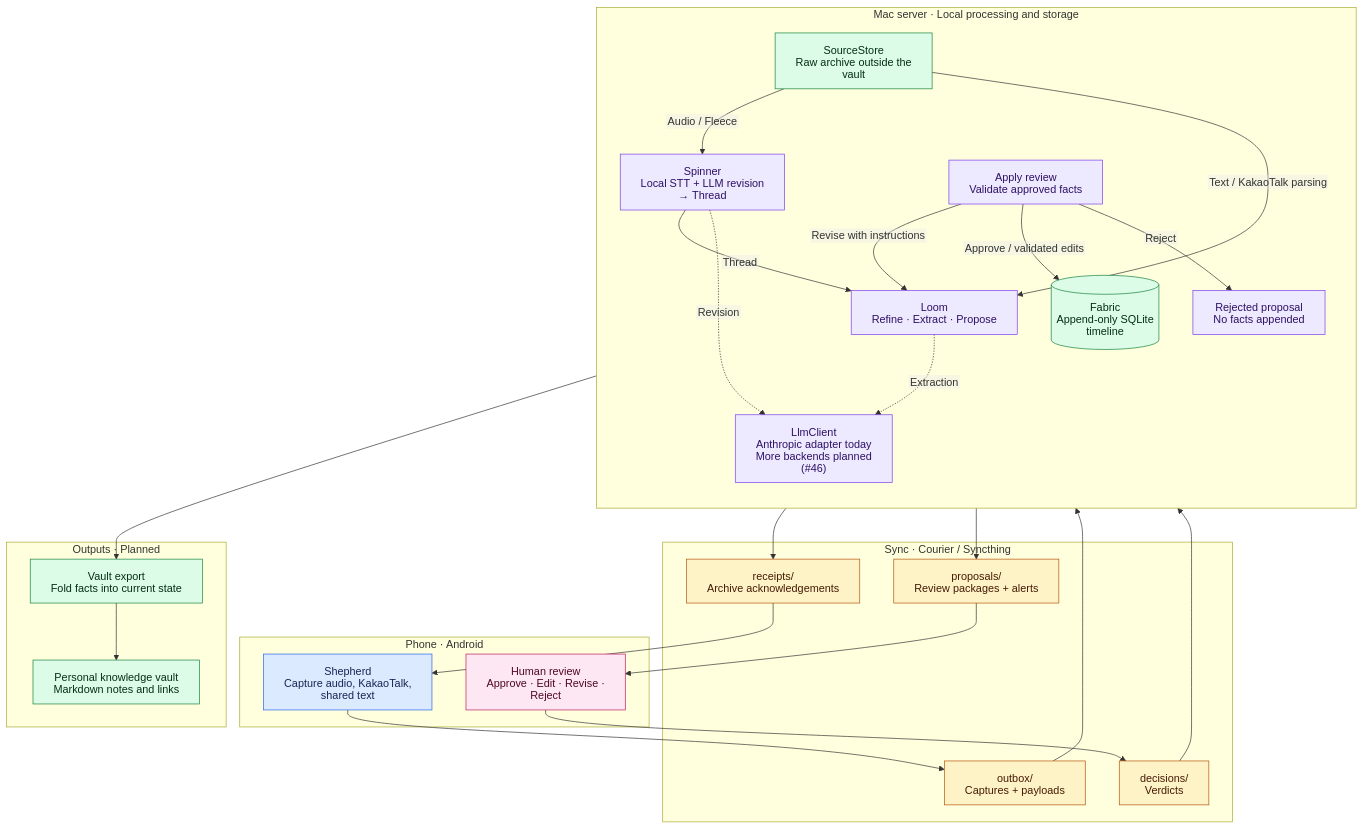
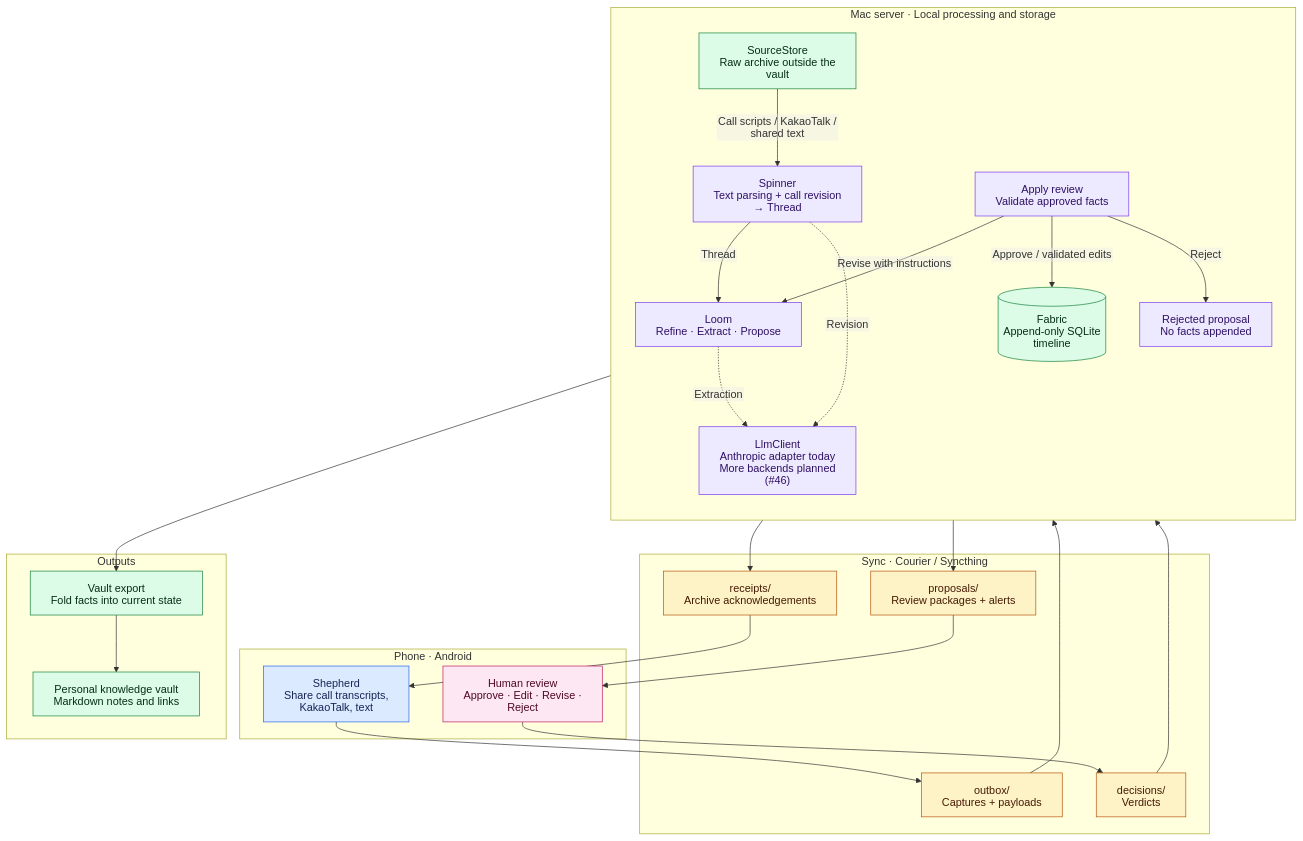
One commit to JunHCha/weaver changed the diagram in README.md. Above: the diagram before and after it, drawn with Mermaid. The commit also changed other lines of this file, not shown here.

````diff
--- a/README.md
+++ b/README.md
@@ -26,56 +27,55 @@
 ```mermaid
 %%{init: {"htmlLabels": false}}%%
 flowchart TB
   subgraph phone["Phone · Android"]
-    shepherd["Shepherd<br/>Capture audio, KakaoTalk, shared text"]
+    shepherd["Shepherd<br/>Share call transcripts, KakaoTalk, text"]
     review["Human review<br/>Approve · Edit · Revise · Reject"]
   end
 
   subgraph sync["Sync · Courier / Syncthing"]
     outbox["outbox/<br/>Captures + payloads"]
     receipts["receipts/<br/>Archive acknowledgements"]
     proposals["proposals/<br/>Review packages + alerts"]
     decisions["decisions/<br/>Verdicts"]
   end
 
   subgraph mac["Mac server · Local processing and storage"]
     direction TB
     archive["SourceStore<br/>Raw archive outside the vault"]
-    spinner["Spinner<br/>Local STT + LLM revision → Thread"]
+    spinner["Spinner<br/>Text parsing + call revision → Thread"]
     loom["Loom<br/>Refine · Extract · Propose"]
     apply["Apply review<br/>Validate approved facts"]
     rejected["Rejected proposal<br/>No facts appended"]
     llm["LlmClient<br/>Anthropic adapter today<br/>More backends planned (#46)"]
     fabric[("Fabric<br/>Append-only SQLite timeline")]
   end
 
-  subgraph outputs["Outputs · Planned"]
+  subgraph outputs["Outputs"]
     export["Vault export<br/>Fold facts into current state"]
     vault["Personal knowledge vault<br/>Markdown notes and links"]
   end
 
   shepherd --> outbox --> archive
   archive --> receipts --> shepherd
-  archive -- "Audio / Fleece" --> spinner
-  archive -- "Text / KakaoTalk parsing" --> loom
+  archive -- "Call scripts / KakaoTalk / shared text" --> spinner
   spinner -- "Thread" --> loom
   spinner -. "Revision" .-> llm
   loom -. "Extraction" .-> llm
   loom --> proposals --> review
   review --> decisions --> apply
   apply -- "Revise with instructions" --> loom
   apply -- "Approve / validated edits" --> fabric
   apply -- "Reject" --> rejected
   fabric --> export --> vault
 
   classDef capture fill:#dbeafe,stroke:#2563eb,color:#172554
   classDef transport fill:#fef3c7,stroke:#b45309,color:#451a03
   classDef process fill:#ede9fe,stroke:#7c3aed,color:#2e1065
   classDef human fill:#fce7f3,stroke:#be185d,color:#500724
   classDef stored fill:#dcfce7,stroke:#15803d,color:#052e16
   class shepherd capture
   class outbox,receipts,proposals,decisions transport
   class spinner,loom,apply,llm,rejected process
   class review human
   class archive,fabric,export,vault stored
 ```
````
